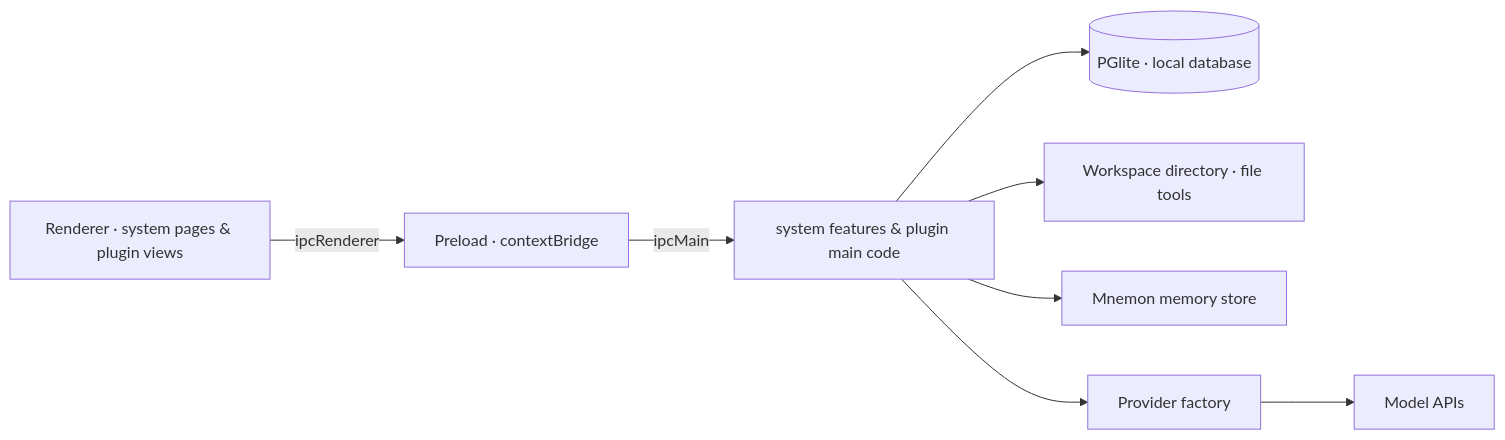
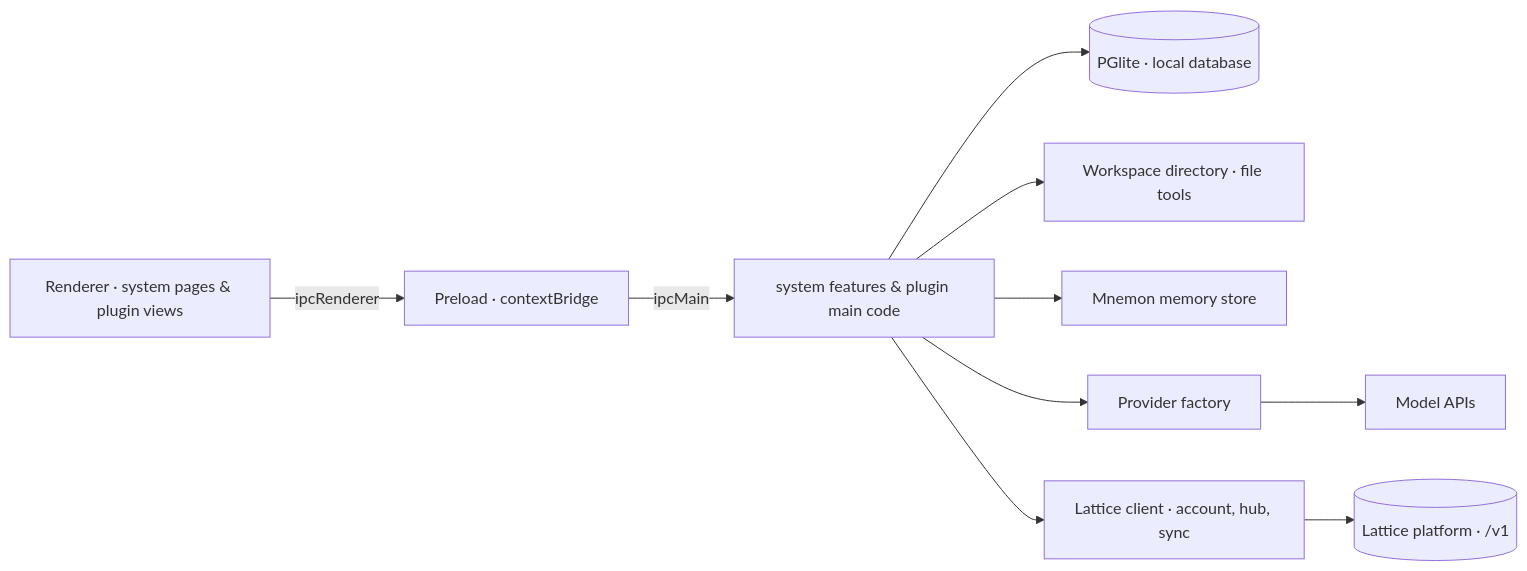
The third of 3 diagrams in README.md (Aitenry/ryten-bench), drawn with Mermaid before and after one commit. The commit also changed other lines of this file and 153 other files, not shown here.

First line of the commit message:
feat(lattice): add the plugin hub, account sign-in and cross-device sync

````diff
--- a/README.md
+++ b/README.md
@@ -534,10 +662,12 @@
 ```mermaid
 flowchart LR
     UI["Renderer · system pages & plugin views"] -->|ipcRenderer| Pre["Preload · contextBridge"]
     Pre -->|ipcMain| Handlers["system features & plugin main code"]
     Handlers --> DB[("PGlite · local database")]
     Handlers --> FS["Workspace directory · file tools"]
     Handlers --> Mem["Mnemon memory store"]
     Handlers --> LLM["Provider factory"]
+    Handlers --> Lat["Lattice client · account, hub, sync"]
+    Lat --> Platform[("Lattice platform · /v1")]
     LLM --> Remote["Model APIs"]
 ```
````
